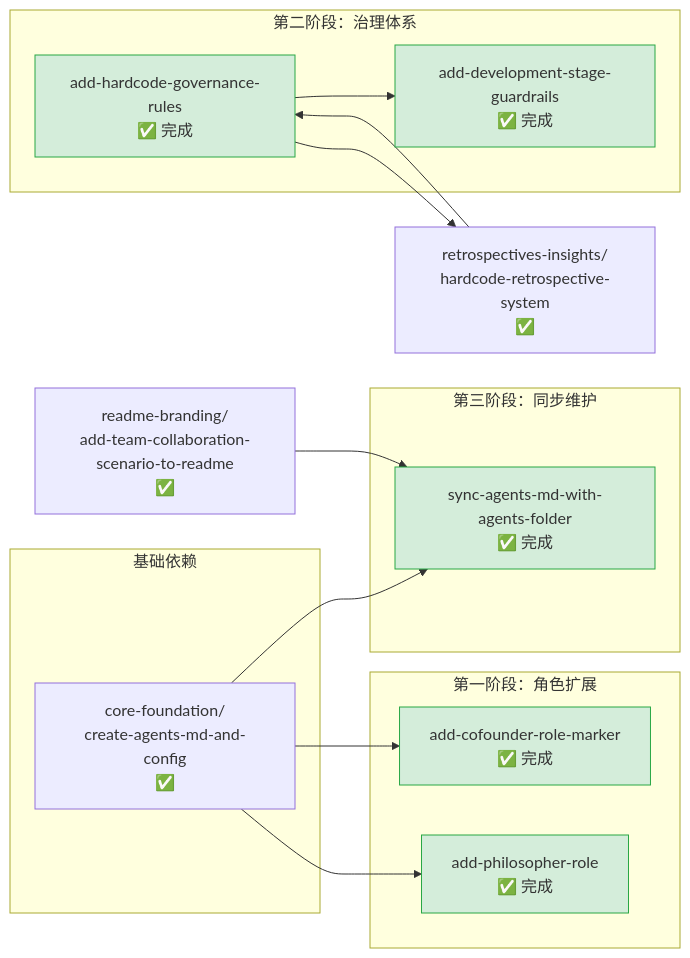
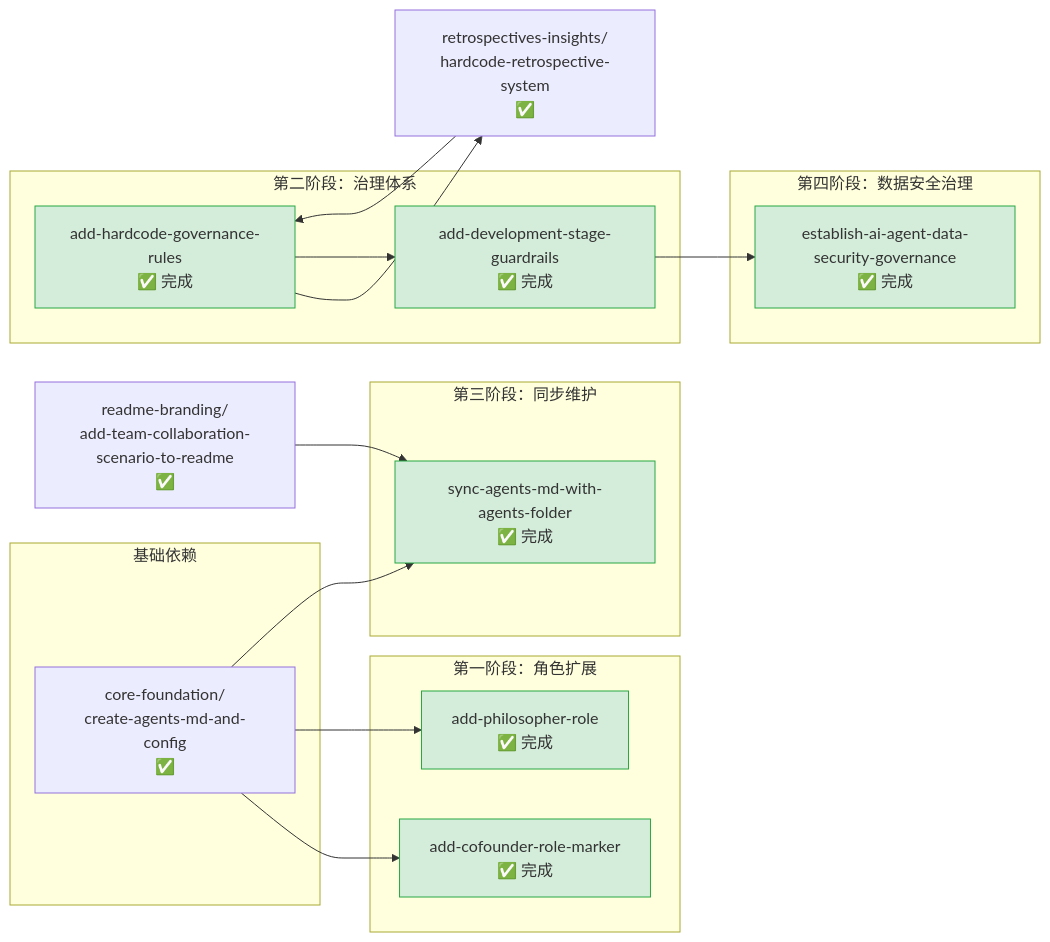
One commit to xinetzone/SpecWeave changed the diagram in .trae/specs/roles-governance/README.md. Above: the diagram before and after it, drawn with Mermaid. The commit also changed other lines of this file, not shown here.

````diff
--- a/.trae/specs/roles-governance/README.md
+++ b/.trae/specs/roles-governance/README.md
@@ -25,31 +26,36 @@
 ```mermaid
 flowchart LR
     subgraph S0 ["基础依赖"]
         CA[core-foundation/<br>create-agents-md-and-config<br>✅]
     end
     subgraph S1 ["第一阶段：角色扩展"]
         ACM["add-cofounder-role-marker<br>✅ 完成"]
         APH["add-philosopher-role<br>✅ 完成"]
     end
     subgraph S2 ["第二阶段：治理体系"]
         AHGR["add-hardcode-governance-rules<br>✅ 完成"]
         ADSG["add-development-stage-guardrails<br>✅ 完成"]
     end
     subgraph S3 ["第三阶段：同步维护"]
         SAM["sync-agents-md-with-agents-folder<br>✅ 完成"]
     end
+    subgraph S4 ["第四阶段：数据安全治理"]
+        EADS["establish-ai-agent-data-security-governance<br>✅ 完成"]
+    end
     HRS[retrospectives-insights/<br>hardcode-retrospective-system<br>✅]
     ATCS[readme-branding/<br>add-team-collaboration-scenario-to-readme<br>✅]
     CA --> ACM
     CA --> APH
     AHGR --> HRS
     HRS --> AHGR
     AHGR --> ADSG
     CA --> SAM
     ATCS --> SAM
+    ADSG --> EADS
     style ACM fill:#d4edda,stroke:#28a745
     style APH fill:#d4edda,stroke:#28a745
     style AHGR fill:#d4edda,stroke:#28a745
     style ADSG fill:#d4edda,stroke:#28a745
     style SAM fill:#d4edda,stroke:#28a745
+    style EADS fill:#d4edda,stroke:#28a745
 ```
````
